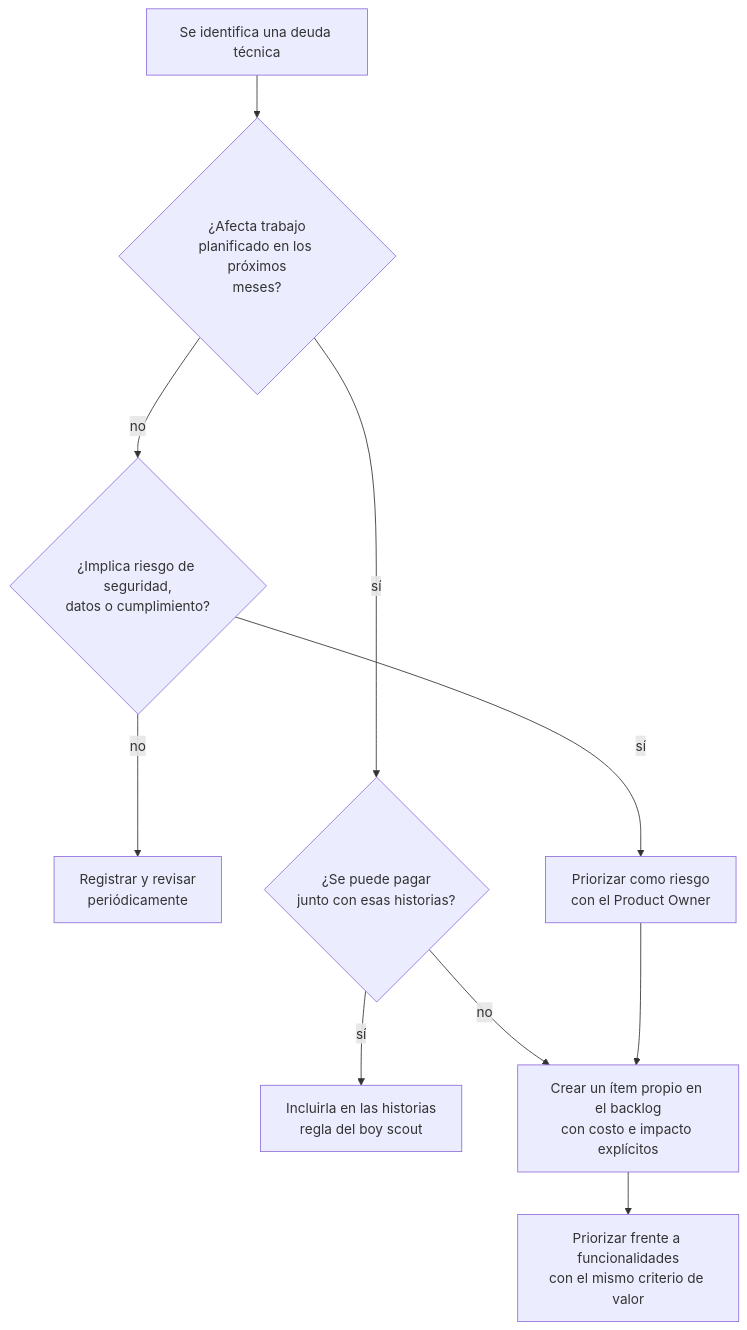
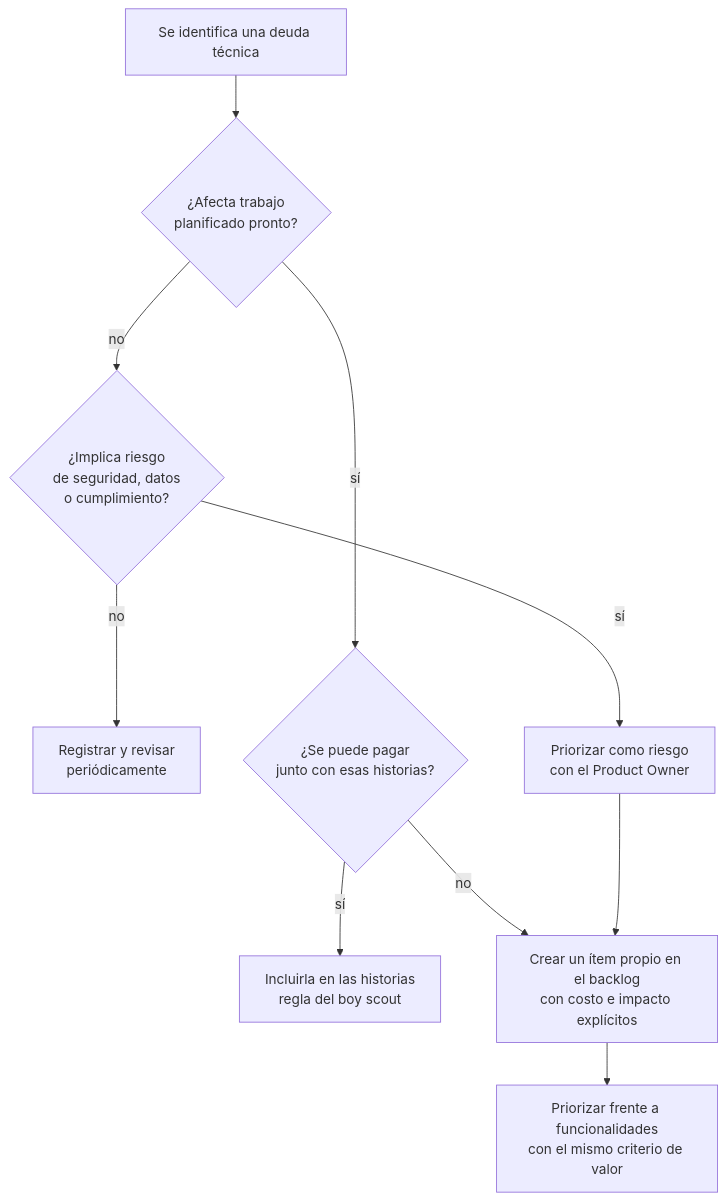
The second of 3 diagrams in content/12-diseno-deuda-tecnica.md (andresga79/saas-para-scrum-masters), drawn with Mermaid before and after one commit. The commit also changed other lines of this file and 13 other files, not shown here.

First line of the commit message:
Corrige legibilidad de diagramas, casilla del pie e impresión en modo oscuro

````diff
--- a/content/12-diseno-deuda-tecnica.md
+++ b/content/12-diseno-deuda-tecnica.md
@@ -35,12 +27,12 @@
 ```mermaid
 flowchart TD
-    A["Se identifica una deuda técnica"] --> B{"¿Afecta trabajo<br/>planificado en los próximos<br/>meses?"}
-    B -- "no" --> C{"¿Implica riesgo de seguridad,<br/>datos o cumplimiento?"}
+    A["Se identifica una deuda técnica"] --> B{"¿Afecta trabajo<br/>planificado pronto?"}
+    B -- "no" --> C{"¿Implica riesgo<br/>de seguridad, datos<br/>o cumplimiento?"}
     C -- "no" --> D["Registrar y revisar<br/>periódicamente"]
     C -- "sí" --> E["Priorizar como riesgo<br/>con el Product Owner"]
     B -- "sí" --> F{"¿Se puede pagar<br/>junto con esas historias?"}
     F -- "sí" --> G["Incluirla en las historias<br/>regla del boy scout"]
     F -- "no" --> H["Crear un ítem propio en el backlog<br/>con costo e impacto explícitos"]
     E --> H
     H --> I["Priorizar frente a funcionalidades<br/>con el mismo criterio de valor"]
 ```
````
